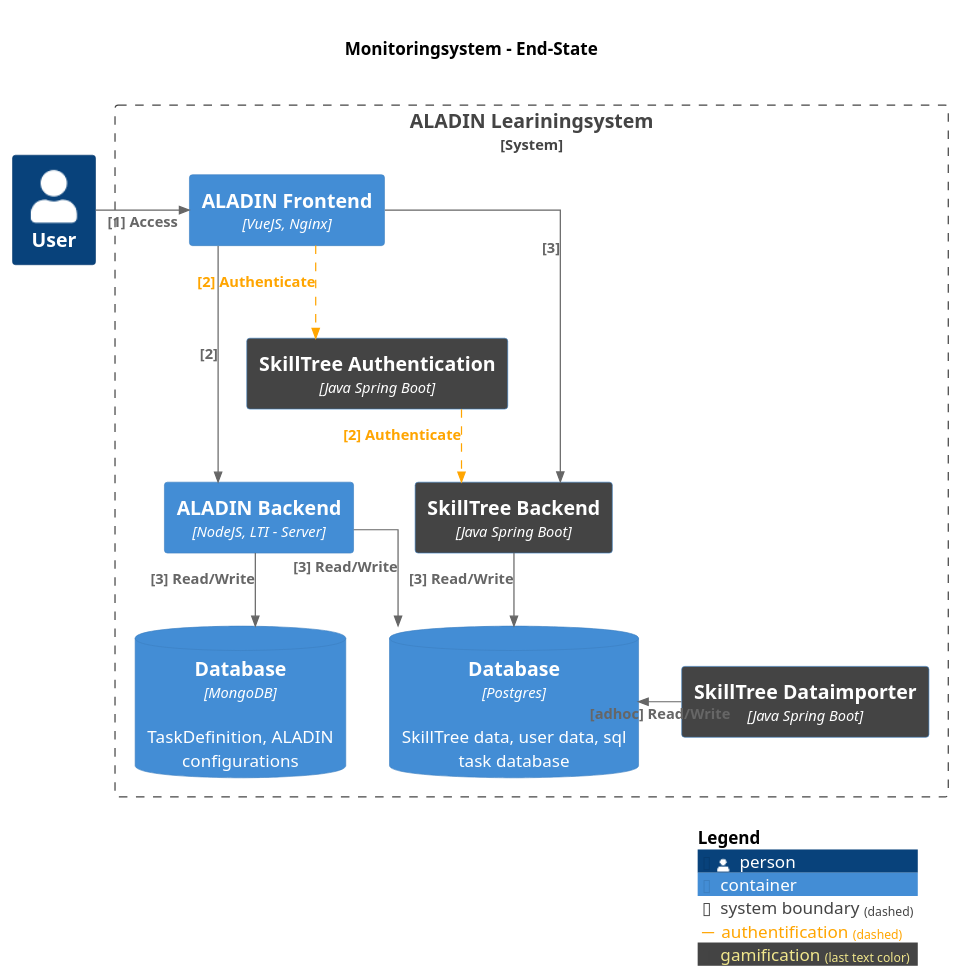
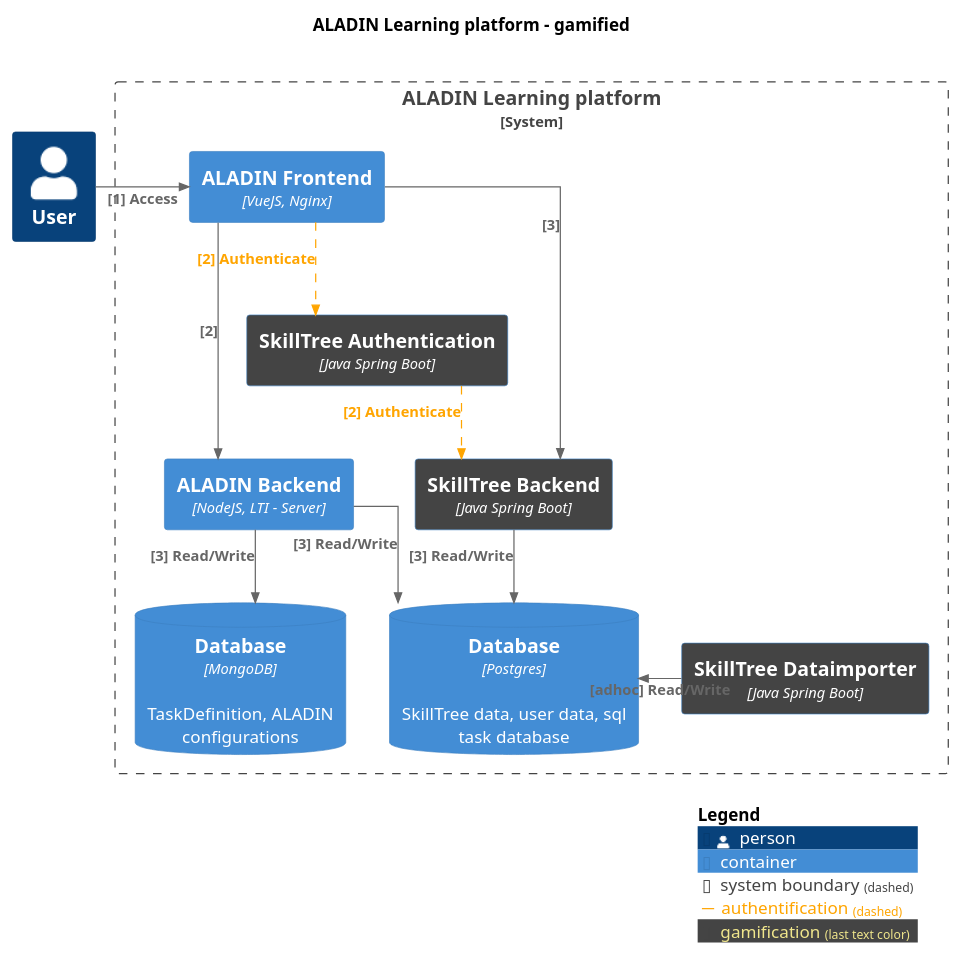
Before and after one commit to a-schulz/aladin_GAMIFY: the diagram in diagrams/achitecture_after.puml, drawn with PlantUML. The commit also changed 8 other files, not shown here.

Commit message:
added/updated diagrams, readme, removed separate file for link. Link now in README.md

```diff
--- a/diagrams/achitecture_after.puml
+++ b/diagrams/achitecture_after.puml
@@ -1,39 +1,39 @@
-@startuml example-c4-dynamic-diagram
+@startuml architecture_after
 !include https://raw.githubusercontent.com/plantuml-stdlib/C4-PlantUML/master/C4_Container.puml
 'skinparam linetype polyline
 skinparam linetype ortho
 
 ' Diagram title
-title \nMonitoringsystem - End-State\n
+title ALADIN Learning platform - gamified\n
 
 AddRelTag("authentification", $textColor="orange", $lineColor="orange", $lineStyle = DashedLine())
 AddElementTag("gamification", $bgColor="#444444")
 ' Diagram syntax
 Person(person, "User")
 
 ' Diagram syntax
-System_Boundary(aladin, "ALADIN Leariningsystem") {
+System_Boundary(aladin, "ALADIN Learning platform") {
     Container(gamify_authentication, "SkillTree Authentication", "Java Spring Boot", $tags="gamification")
     Container(gamify_dataimporter, "SkillTree Dataimporter", "Java Spring Boot", $tags="gamification")
     Container(gamify, "SkillTree Backend", "Java Spring Boot", $tags="gamification")
     Container(aladin_backend, "ALADIN Backend", "NodeJS, LTI - Server")
     Container(aladin_frontend, "ALADIN Frontend", "VueJS, Nginx")
     ContainerDb(dbpg, "Database", "Postgres", "SkillTree data, user data, sql task database")
     ContainerDb(dbmongo, "Database", "MongoDB", "TaskDefinition, ALADIN configurations")
 }
 
 Rel_R(person, aladin_frontend, "[1] Access")
 Rel(aladin_frontend, gamify_authentication, "[2] Authenticate", $tags="authentification")
 Rel(gamify_authentication, gamify, "[2] Authenticate", $tags="authentification")
 Rel(aladin_frontend, aladin_backend, "[2]")
 Rel(aladin_frontend, gamify, "[3]")
 Rel(gamify, dbpg, "[3] Read/Write")
 Rel_L(gamify_dataimporter, dbpg, "[adhoc] Read/Write")
 Rel(aladin_backend, dbmongo, "[3] Read/Write")
 Rel(aladin_backend, dbpg, "[3] Read/Write")
 Lay_L(dbpg, aladin_backend)
 ' Use complete legend
 LAYOUT_WITH_LEGEND()
 ' calculated legend, only show used items
 SHOW_LEGEND()
 @enduml
```
